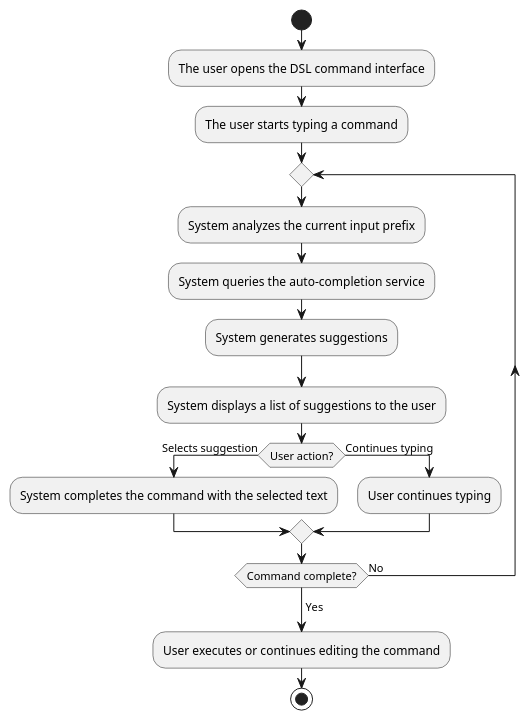
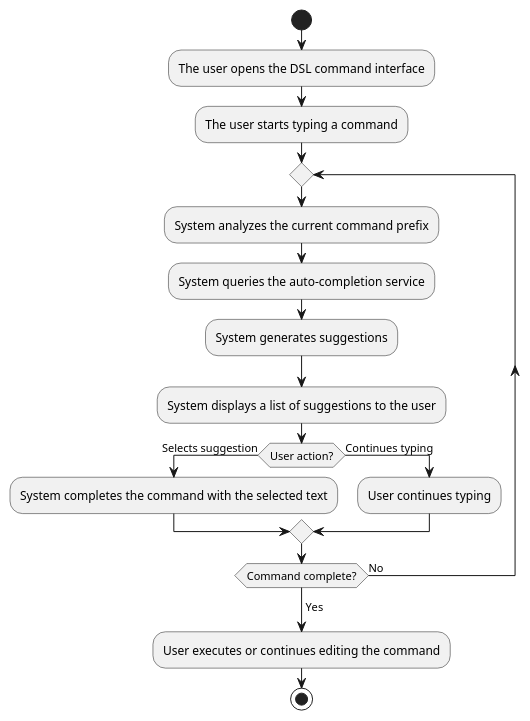
Before and after one commit to TrueBubo/Graphle: the diagram in thesis/chapters/analysis/use-cases/command-auto-completion/command-auto-completion-activity-diagram.puml, drawn with PlantUML. The commit also changed 4 other files, not shown here.

```diff
--- a/thesis/chapters/analysis/use-cases/command-auto-completion/command-auto-completion-activity-diagram.puml
+++ b/thesis/chapters/analysis/use-cases/command-auto-completion/command-auto-completion-activity-diagram.puml
@@ -1,24 +1,24 @@
 @startuml
 start
 :The user opens the DSL command interface;
 :The user starts typing a command;
 
 repeat
-  :System analyzes the current input prefix;
+  :System analyzes the current command prefix;
   :System queries the auto-completion service;
   :System generates suggestions;
   :System displays a list of suggestions to the user;
 
   if (User action?) then (Selects suggestion)
     :System completes the command with the selected text;
   else (Continues typing)
     :User continues typing;
   endif
 
 repeat while (Command complete?) is (No)
 ->Yes;
 
 :User executes or continues editing the command;
 
 stop
 @enduml
```
